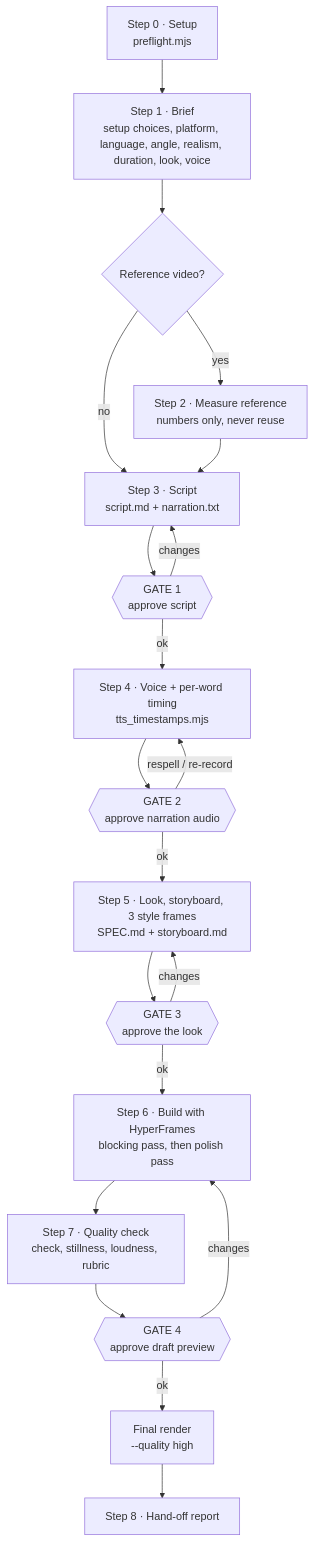
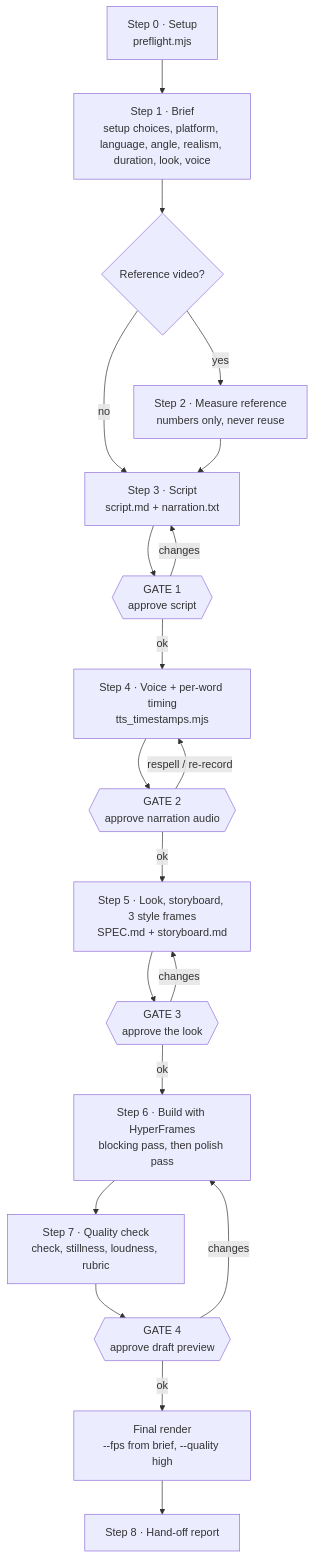
One commit to sandalkuilang/dalang changed the first of 2 diagrams in docs/workflow.md. Above: the diagram before and after it, drawn with Mermaid. The commit also changed 5 other files, not shown here.

Commit message:
fix(render): every render command passes the brief's fps; the default is 30

````diff
--- a/docs/workflow.md
+++ b/docs/workflow.md
@@ -7,22 +7,22 @@
 ```mermaid
 flowchart TD
     S0["Step 0 · Setup<br/>preflight.mjs"] --> S1["Step 1 · Brief<br/>setup choices, platform, language, angle, realism, duration, look, voice"]
     S1 --> S2{"Reference video?"}
     S2 -- yes --> M["Step 2 · Measure reference<br/>numbers only, never reuse"]
     S2 -- no --> S3
     M --> S3["Step 3 · Script<br/>script.md + narration.txt"]
     S3 --> G1{{"GATE 1<br/>approve script"}}
     G1 -- changes --> S3
     G1 -- ok --> S4["Step 4 · Voice + per-word timing<br/>tts_timestamps.mjs"]
     S4 --> G2{{"GATE 2<br/>approve narration audio"}}
     G2 -- respell / re-record --> S4
     G2 -- ok --> S5["Step 5 · Look, storyboard, 3 style frames<br/>SPEC.md + storyboard.md"]
     S5 --> G3{{"GATE 3<br/>approve the look"}}
     G3 -- changes --> S5
     G3 -- ok --> S6["Step 6 · Build with HyperFrames<br/>blocking pass, then polish pass"]
     S6 --> S7["Step 7 · Quality check<br/>check, stillness, loudness, rubric"]
     S7 --> G4{{"GATE 4<br/>approve draft preview"}}
     G4 -- changes --> S6
-    G4 -- ok --> R["Final render<br/>--quality high"]
+    G4 -- ok --> R["Final render<br/>--fps from brief, --quality high"]
     R --> S8["Step 8 · Hand-off report"]
 ```
````
